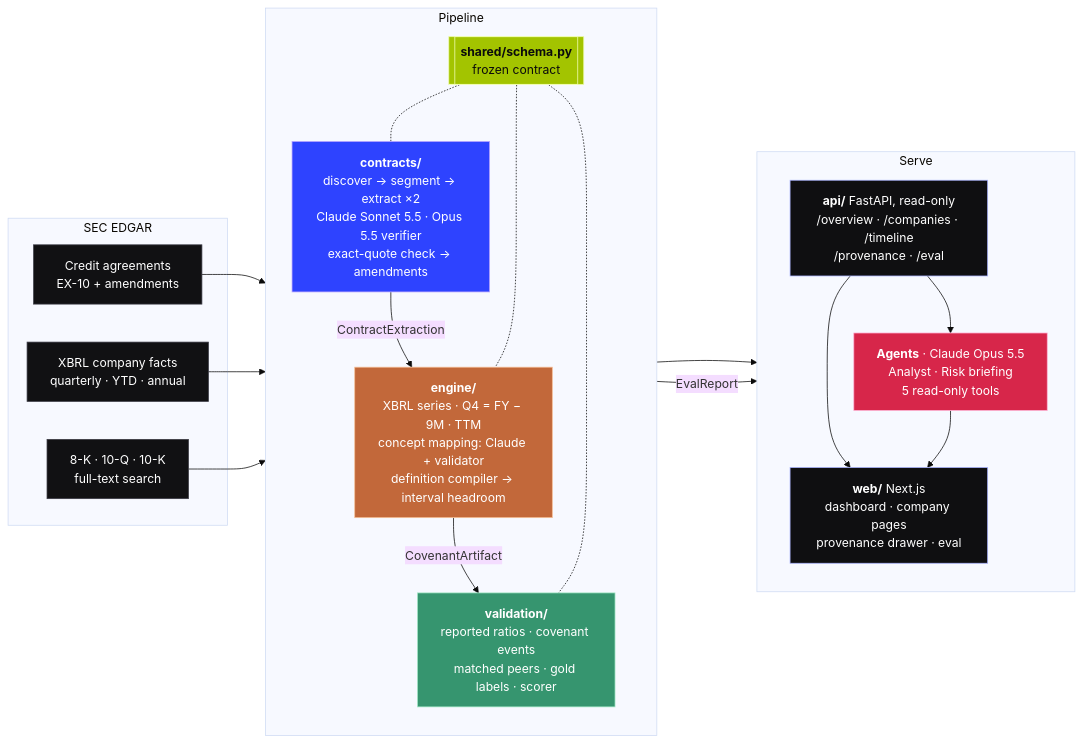
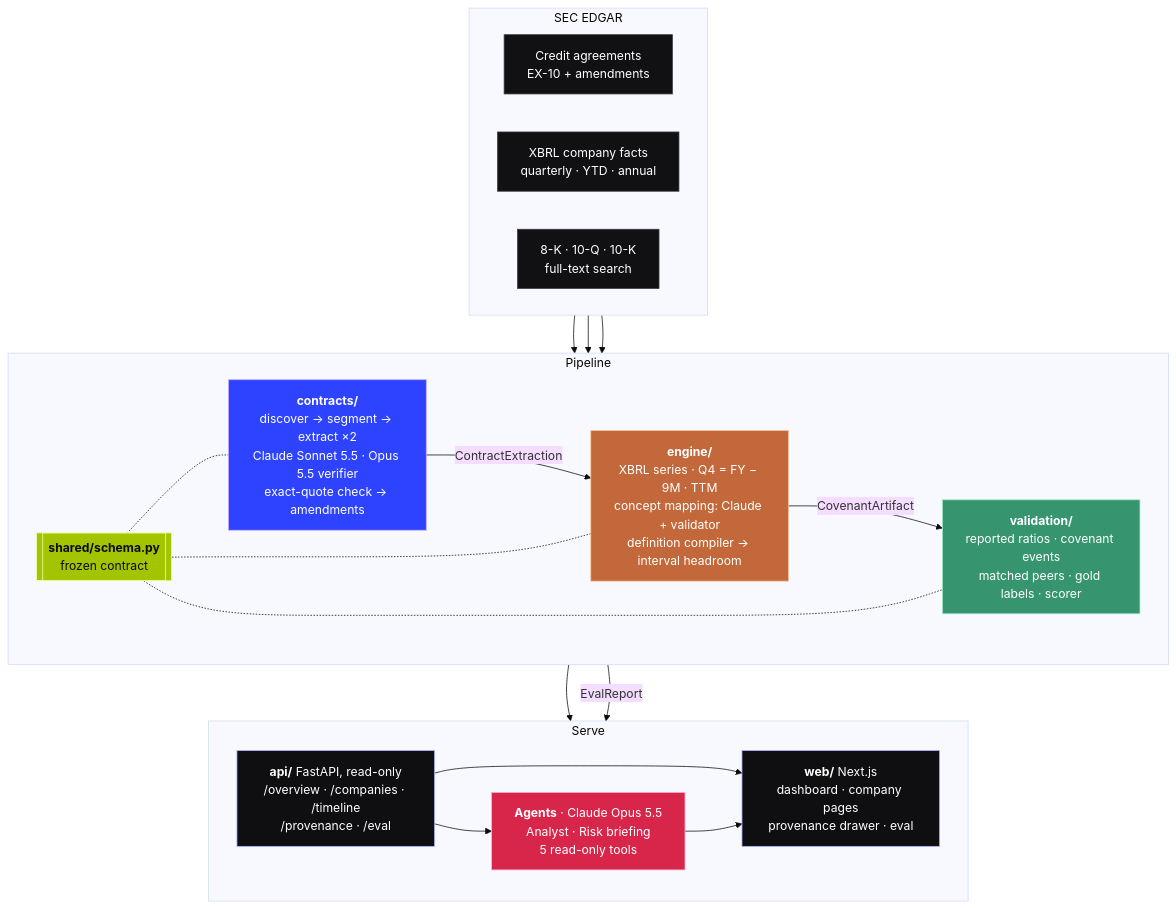
The first of 3 diagrams in README.md (lgoyal6/covenant-watch), drawn with Mermaid (base theme) before and after one commit.

Commit message:
README: stack the architecture diagram so it reads at full size

````diff
--- a/README.md
+++ b/README.md
@@ -51,52 +51,53 @@
 ```mermaid
-flowchart LR
+flowchart TB
     subgraph SRC["SEC EDGAR"]
+        direction LR
         AGR["Credit agreements<br/>EX-10 + amendments"]
         XBRL["XBRL company facts<br/>quarterly · YTD · annual"]
         FIL["8-K · 10-Q · 10-K<br/>full-text search"]
     end
 
     subgraph PIPE["Pipeline"]
-        direction TB
+        direction LR
         C["<b>contracts/</b><br/>discover → segment → extract ×2<br/>Claude Sonnet 5.5 · Opus 5.5 verifier<br/>exact-quote check → amendments"]
         E["<b>engine/</b><br/>XBRL series · Q4 = FY − 9M · TTM<br/>concept mapping: Claude + validator<br/>definition compiler → interval headroom"]
         V["<b>validation/</b><br/>reported ratios · covenant events<br/>matched peers · gold labels · scorer"]
         S[["<b>shared/schema.py</b><br/>frozen contract"]]
     end
 
     subgraph OUT["Serve"]
-        direction TB
+        direction LR
         API["<b>api/</b> FastAPI, read-only<br/>/overview · /companies · /timeline<br/>/provenance · /eval"]
         AG["<b>Agents</b> · Claude Opus 5.5<br/>Analyst · Risk briefing<br/>5 read-only tools"]
         WEB["<b>web/</b> Next.js<br/>dashboard · company pages<br/>provenance drawer · eval"]
     end
 
     AGR --> C
     XBRL --> E
     FIL --> V
     C -- ContractExtraction --> E
     E -- CovenantArtifact --> V
     E --> API
     V -- EvalReport --> API
     API --> AG
     API --> WEB
     AG --> WEB
     S -.- C
     S -.- E
     S -.- V
 
     classDef src fill:#111113,stroke:#3a3a44,color:#fff
     classDef blue fill:#2e43ff,stroke:#b9a6ff,color:#fff
     classDef copper fill:#c2683a,stroke:#f6bf96,color:#fff
     classDef green fill:#36956f,stroke:#a6e8c8,color:#fff
     classDef lime fill:#a3c400,stroke:#f4ffb8,color:#0b0b0c
     classDef pink fill:#d7264a,stroke:#ffb3d6,color:#fff
     classDef dark fill:#0f0f11,stroke:#a9b2ff,color:#fff
     class AGR,XBRL,FIL src
     class C blue
     class E copper
     class V green
     class S lime
     class AG pink
     class API,WEB dark
 ```
````
